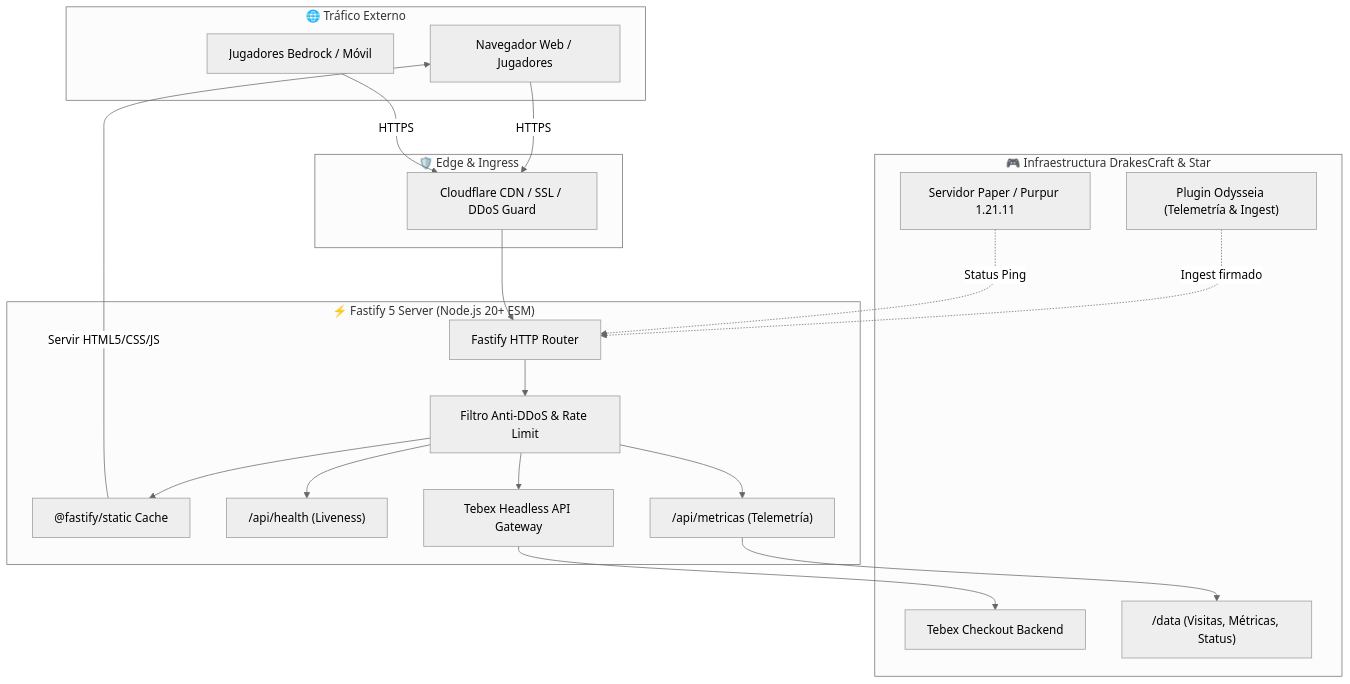
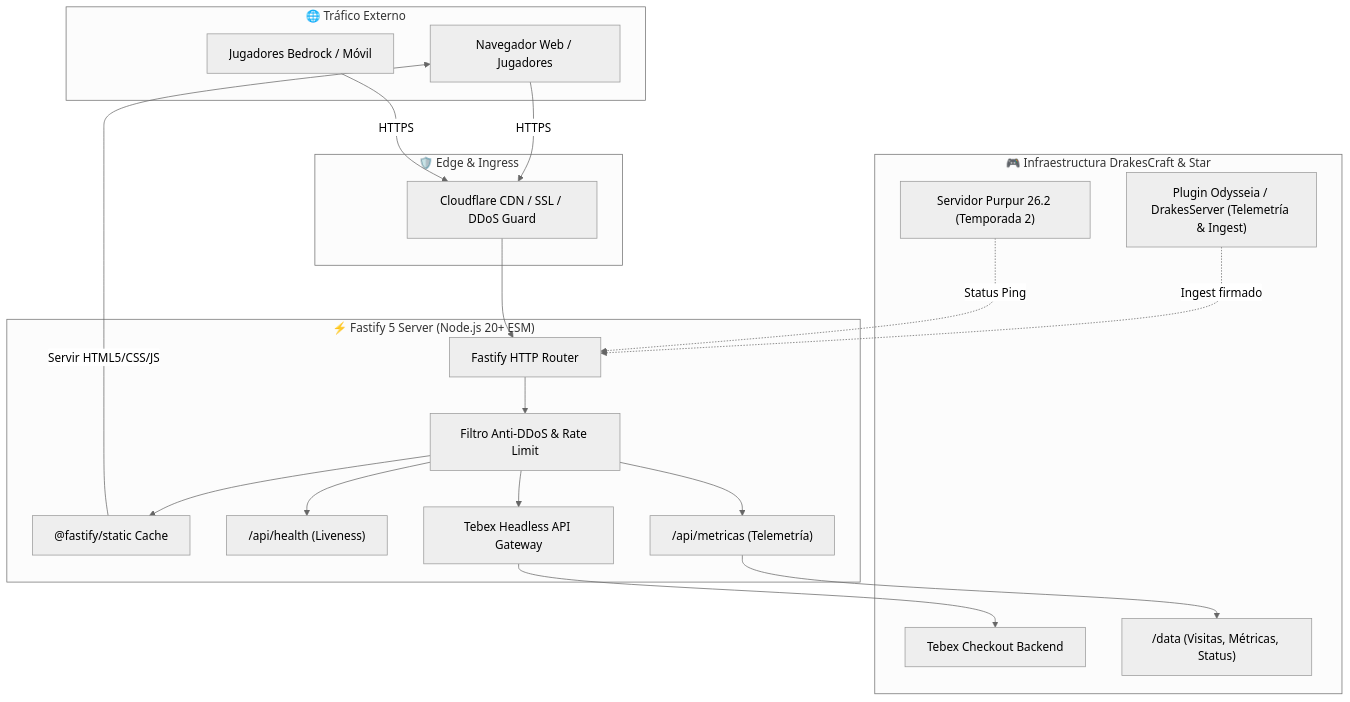
One commit to SlimefunNewHorizons/drakescraft-web changed the first of 2 diagrams in README.md. Above: the diagram before and after it, drawn with Mermaid (neutral theme). The commit also changed other lines of this file, not shown here.

Commit message:
docs(readme): align Season 2 Purpur 26.2 architecture, canonical links and license

````diff
--- a/README.md
+++ b/README.md
@@ -29,41 +28,41 @@
 ```mermaid
 flowchart TD
     subgraph Clientes["🌐 Tráfico Externo"]
         WebUsers["Navegador Web / Jugadores"]
         BedrockUsers["Jugadores Bedrock / Móvil"]
     end
 
     subgraph Edge["🛡️ Edge & Ingress"]
         CF["Cloudflare CDN / SSL / DDoS Guard"]
     end
 
     subgraph WebStack["⚡ Fastify 5 Server (Node.js 20+ ESM)"]
         Router["Fastify HTTP Router"]
         StaticPlugin["@fastify/static Cache"]
         APIHealth["/api/health (Liveness)"]
         APIMetricas["/api/metricas (Telemetría)"]
         StoreProxy["Tebex Headless API Gateway"]
         SecurityLayer["Filtro Anti-DDoS & Rate Limit"]
     end
 
     subgraph Backend["🎮 Infraestructura DrakesCraft & Star"]
-        Minecraft["Servidor Paper / Purpur 1.21.11"]
-        Odysseia["Plugin Odysseia (Telemetría & Ingest)"]
+        Minecraft["Servidor Purpur 26.2 (Temporada 2)"]
+        Odysseia["Plugin Odysseia / DrakesServer (Telemetría & Ingest)"]
         TebexAPI["Tebex Checkout Backend"]
         DataVolume["/data (Visitas, Métricas, Status)"]
     end
 
     WebUsers -->|HTTPS| CF
     BedrockUsers -->|HTTPS| CF
     CF --> Router
     Router --> SecurityLayer
     SecurityLayer --> StaticPlugin
     SecurityLayer --> APIHealth
     SecurityLayer --> APIMetricas
     SecurityLayer --> StoreProxy
     StaticPlugin -->|Servir HTML5/CSS/JS| WebUsers
     APIMetricas --> DataVolume
     StoreProxy --> TebexAPI
     Odysseia -.->|Ingest firmado| Router
     Minecraft -.->|Status Ping| Router
 ```
````
